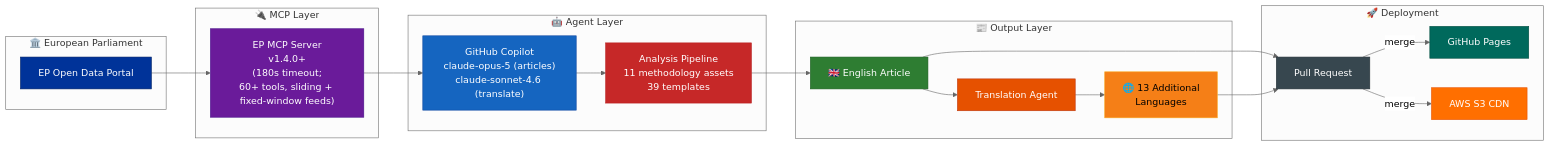
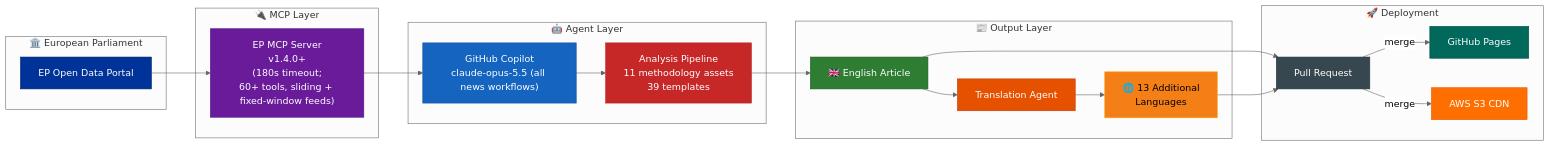
Before and after one commit to Hack23/euparliamentmonitor: diagram 23 of 23 in WORKFLOWS.md, drawn with Mermaid (neutral theme). The commit also changed other lines of this file and 41 other files, not shown here.

````diff
--- a/WORKFLOWS.md
+++ b/WORKFLOWS.md
@@ -2253,42 +2253,42 @@
 ```mermaid
 flowchart LR
     subgraph "🏛️ European Parliament"
         EP["EP Open Data Portal"]
     end
 
     subgraph "🔌 MCP Layer"
         MCP["EP MCP Server<br/>v1.4.0+<br/>(180s timeout;<br/>60+ tools, sliding + fixed-window feeds)"]
     end
 
     subgraph "🤖 Agent Layer"
-        Agent["GitHub Copilot<br/>claude-opus-5 (articles)<br/>claude-sonnet-4.6 (translate)"]
+        Agent["GitHub Copilot<br/>claude-opus-5.5 (all news workflows)"]
         Analyze["Analysis Pipeline<br/>11 methodology assets<br/>39 templates"]
     end
 
     subgraph "📰 Output Layer"
         EN["🇬🇧 English Article"]
         Translate["Translation Agent"]
         Multi["🌐 13 Additional<br/>Languages"]
     end
 
     subgraph "🚀 Deployment"
         PR["Pull Request"]
         Pages["GitHub Pages"]
         S3["AWS S3 CDN"]
     end
 
     EP --> MCP --> Agent --> Analyze --> EN --> PR
     EN --> Translate --> Multi --> PR
     PR --> |"merge"| Pages & S3
 
     style EP fill:#003399,stroke:#002266,color:#FFFFFF
     style MCP fill:#6A1B9A,stroke:#4A148C,color:#FFFFFF
     style Agent fill:#1565C0,stroke:#0D47A1,color:#FFFFFF
     style Analyze fill:#C62828,stroke:#B71C1C,color:#FFFFFF
     style EN fill:#2E7D32,stroke:#1B5E20,color:#FFFFFF
     style Translate fill:#E65100,stroke:#BF360C,color:#FFFFFF
     style Multi fill:#F57F17,stroke:#F9A825,color:#000000
     style PR fill:#37474F,stroke:#263238,color:#FFFFFF
     style Pages fill:#00695C,stroke:#004D40,color:#FFFFFF
     style S3 fill:#FF6F00,stroke:#E65100,color:#FFFFFF
 ```
````
